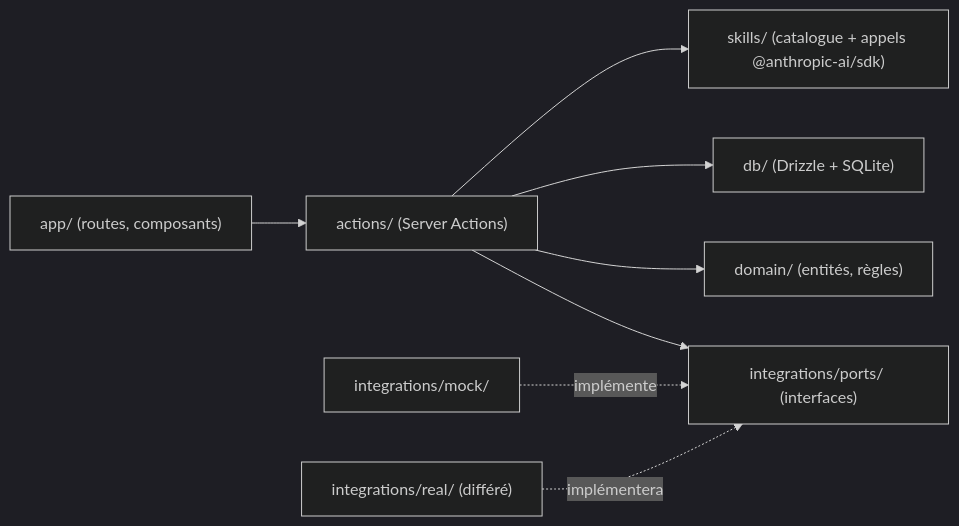
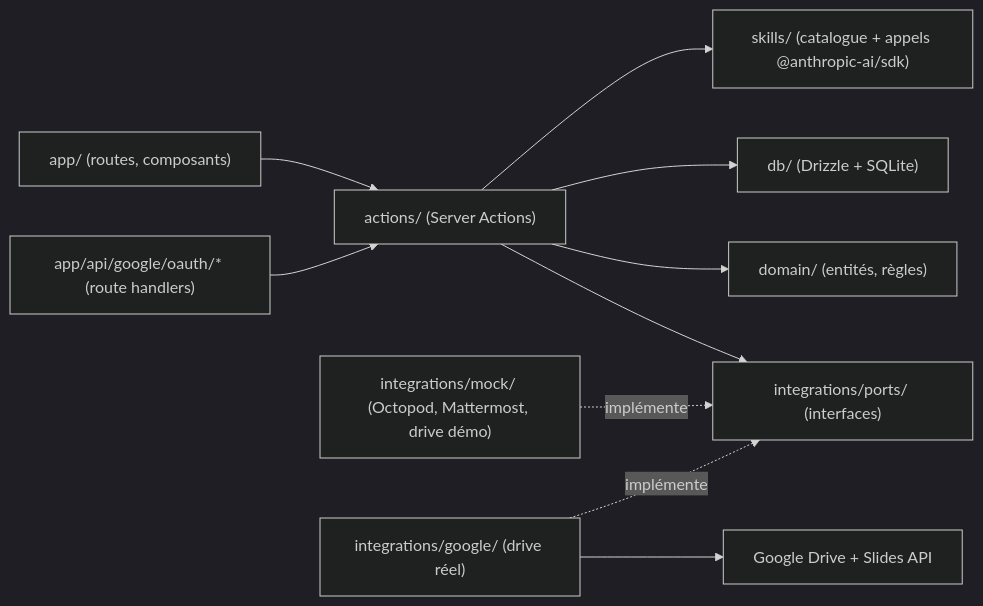
The first of 2 diagrams in _bmad-output/planning-artifacts/architecture/architecture-GenAI4Consulting-2026-09-11/ARCHITECTURE-SPINE.md (gtriffault-6475/GenAIUIforConsulting), drawn with Mermaid (dark theme) before and after one commit. The commit also changed other lines of this file and 12 other files, not shown here.

Commit message:
docs: plan the real Google Drive integration (change proposal, PRD, architecture)

````diff
--- a/_bmad-output/planning-artifacts/architecture/architecture-GenAI4Consulting-2026-09-11/ARCHITECTURE-SPINE.md
+++ b/_bmad-output/planning-artifacts/architecture/architecture-GenAI4Consulting-2026-09-11/ARCHITECTURE-SPINE.md
@@ -25,10 +26,12 @@
 ```mermaid
 graph LR
   UI["app/ (routes, composants)"] --> ACT["actions/ (Server Actions)"]
   ACT --> DOM["domain/ (entités, règles)"]
   ACT --> PORTS["integrations/ports/ (interfaces)"]
   ACT --> DB["db/ (Drizzle + SQLite)"]
   ACT --> SKILLS["skills/ (catalogue + appels @anthropic-ai/sdk)"]
-  MOCK["integrations/mock/"] -.implémente.-> PORTS
-  REAL["integrations/real/ (différé)"] -.implémentera.-> PORTS
+  MOCK["integrations/mock/ (Octopod, Mattermost, drive démo)"] -.implémente.-> PORTS
+  GOOGLE["integrations/google/ (drive réel)"] -.implémente.-> PORTS
+  GOOGLE --> GAPI["Google Drive + Slides API"]
+  OAUTH["app/api/google/oauth/* (route handlers)"] --> ACT
 ```
````
